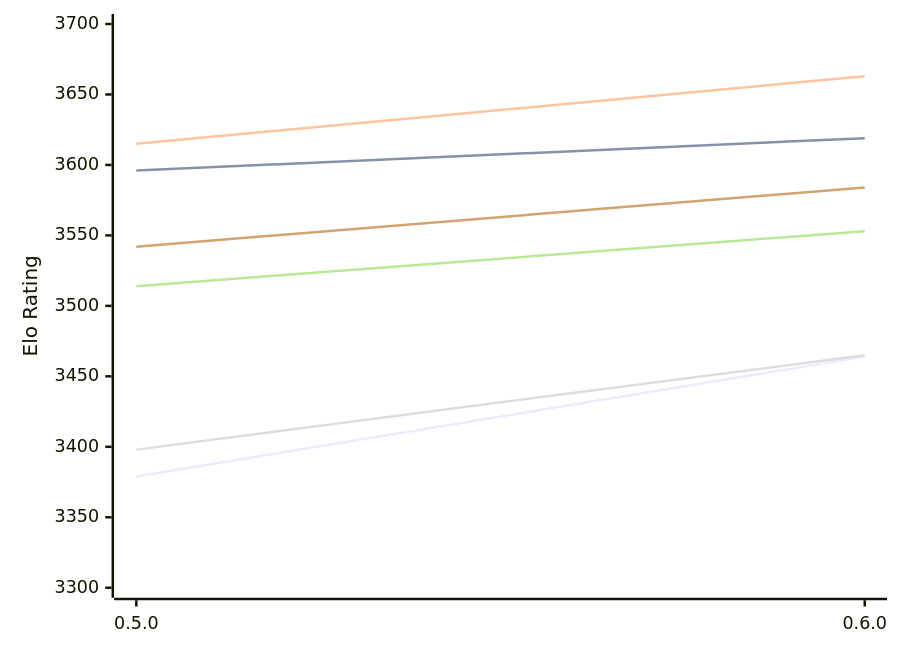
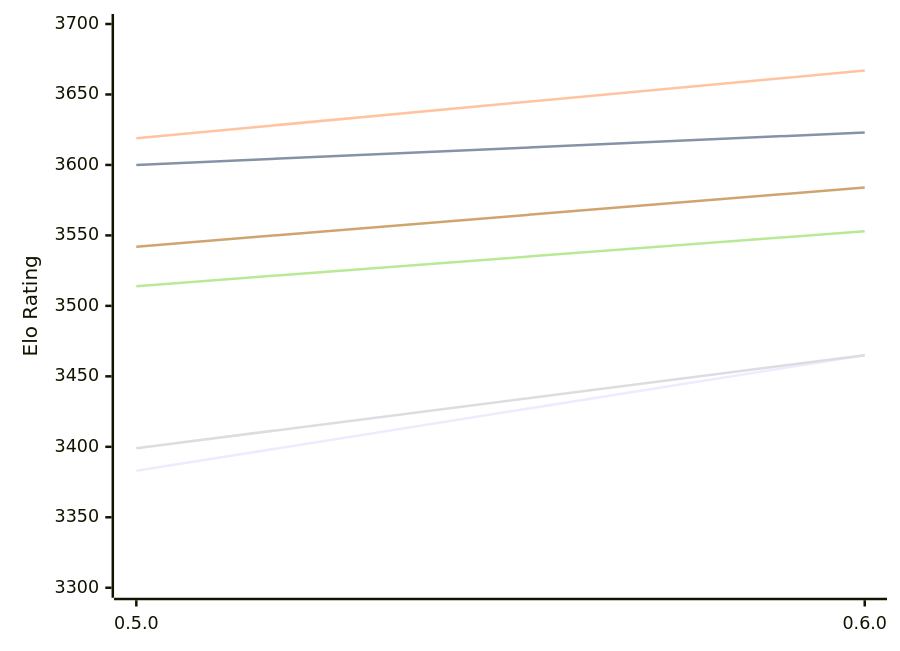
One commit to computer-chess-index/cci changed the diagram in engines/Incipit.md. Above: the diagram before and after it, drawn with Mermaid. The commit also changed other lines of this file, not shown here.

Commit message:
Update CCI Ratings (ELO VLTC) - 2026-11-22

````diff
--- a/engines/Incipit.md
+++ b/engines/Incipit.md
@@ -49,12 +49,12 @@
 ```mermaid
 %%{init: {"theme":"base","themeVariables":{"seriesColors:['#a3a3a3','#222221','#faa371']}}}%%
 xychart-beta
   x-axis ["0.5.0", "0.6.0"]
   y-axis "Elo Rating" 3300 --> 3700
-  line "E1: STC (8.0+0.08s)" [3379, 3464]
-  line "E1: LTC (60.0+0.60s)" [3596, 3619]
-  line "E1: VLTC (2m24s+1.12s)" [3615, 3663]
-  line "P1: STC (8.0+0.08s)" [3398, 3465]
+  line "E1: STC (8.0+0.08s)" [3383, 3465]
+  line "E1: LTC (60.0+0.60s)" [3600, 3623]
+  line "E1: VLTC (2m24s+1.12s)" [3619, 3667]
+  line "P1: STC (8.0+0.08s)" [3399, 3465]
   line "P1: LTC (60.0+0.60s)" [3514, 3553]
   line "P1: VLTC (2m24s+1.12s)" [3542, 3584]
 ```
````
